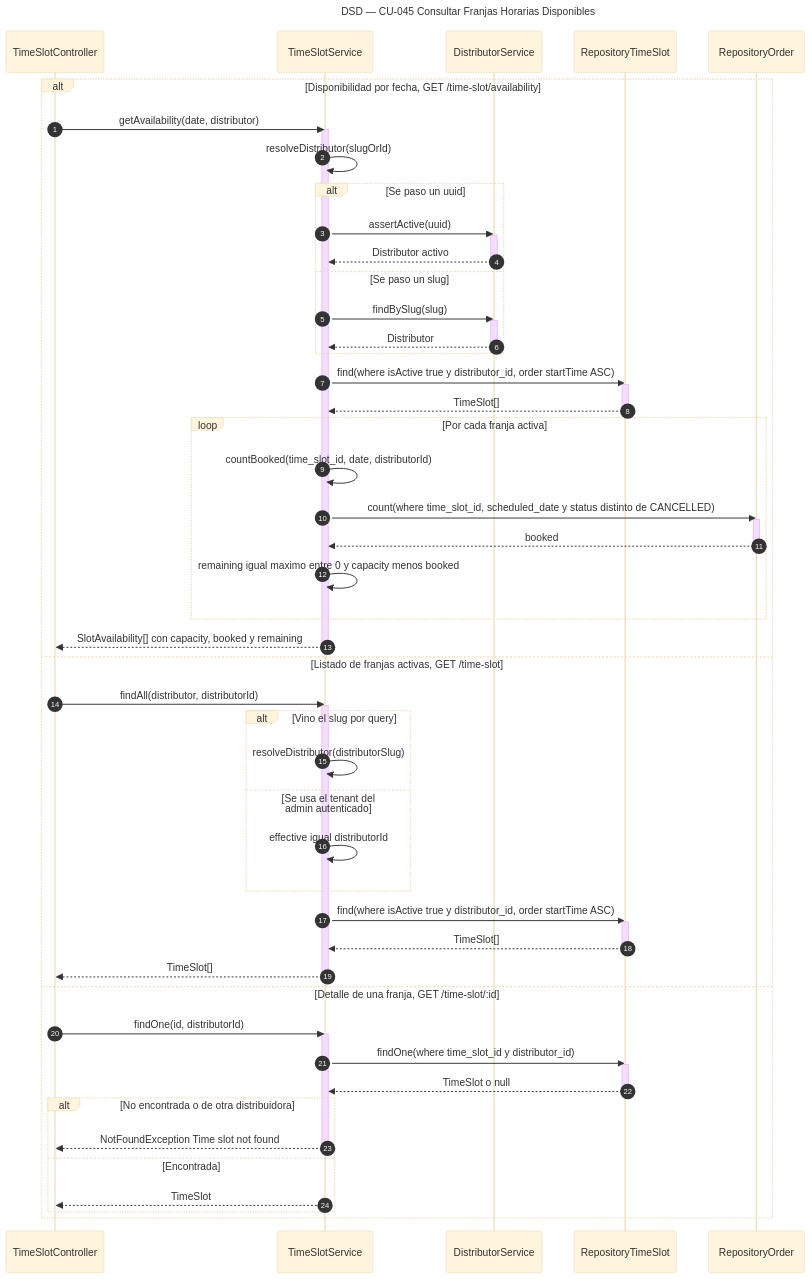
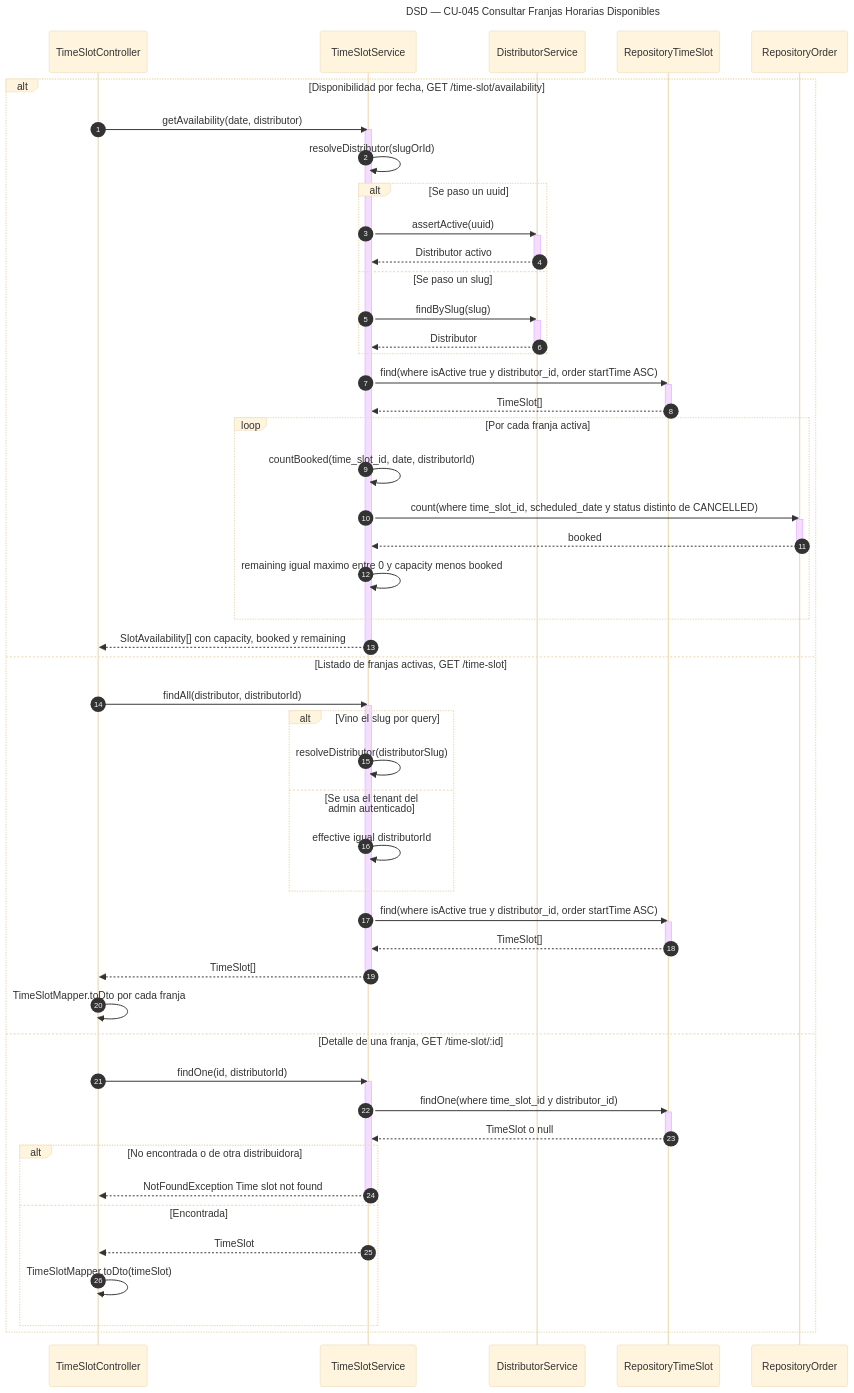
The diagram in diagramas/DSD_CU-045_Consultar-Franjas-Horarias-Disponibles.mmd (Nahuelito-Dev/splg-docs), drawn with Mermaid (base theme) before and after one commit. The commit also changed 4 other files, not shown here.

Commit message:
docs(dsd): franjas con TimeSlotResponseDto

```diff
--- a/diagramas/DSD_CU-045_Consultar-Franjas-Horarias-Disponibles.mmd
+++ b/diagramas/DSD_CU-045_Consultar-Franjas-Horarias-Disponibles.mmd
@@ -1,66 +1,68 @@
 sequenceDiagram
     title DSD — CU-045 Consultar Franjas Horarias Disponibles
     autonumber
     participant CTRL as TimeSlotController
     participant SRV as TimeSlotService
     participant DIS as DistributorService
     participant TREP as RepositoryTimeSlot
     participant OREP as RepositoryOrder
 
     alt Disponibilidad por fecha, GET /time-slot/availability
         CTRL->>SRV: getAvailability(date, distributor)
         activate SRV
         SRV->>SRV: resolveDistributor(slugOrId)
         alt Se paso un uuid
             SRV->>DIS: assertActive(uuid)
             activate DIS
             DIS-->>SRV: Distributor activo
             deactivate DIS
         else Se paso un slug
             SRV->>DIS: findBySlug(slug)
             activate DIS
             DIS-->>SRV: Distributor
             deactivate DIS
         end
         SRV->>TREP: find(where isActive true y distributor_id, order startTime ASC)
         activate TREP
         TREP-->>SRV: TimeSlot[]
         deactivate TREP
         loop Por cada franja activa
             SRV->>SRV: countBooked(time_slot_id, date, distributorId)
             SRV->>OREP: count(where time_slot_id, scheduled_date y status distinto de CANCELLED)
             activate OREP
             OREP-->>SRV: booked
             deactivate OREP
             SRV->>SRV: remaining igual maximo entre 0 y capacity menos booked
         end
         SRV-->>CTRL: SlotAvailability[] con capacity, booked y remaining
         deactivate SRV
     else Listado de franjas activas, GET /time-slot
         CTRL->>SRV: findAll(distributor, distributorId)
         activate SRV
         alt Vino el slug por query
             SRV->>SRV: resolveDistributor(distributorSlug)
         else Se usa el tenant del admin autenticado
             SRV->>SRV: effective igual distributorId
         end
         SRV->>TREP: find(where isActive true y distributor_id, order startTime ASC)
         activate TREP
         TREP-->>SRV: TimeSlot[]
         deactivate TREP
         SRV-->>CTRL: TimeSlot[]
         deactivate SRV
+        CTRL->>CTRL: TimeSlotMapper.toDto por cada franja
     else Detalle de una franja, GET /time-slot/:id
         CTRL->>SRV: findOne(id, distributorId)
         activate SRV
         SRV->>TREP: findOne(where time_slot_id y distributor_id)
         activate TREP
         TREP-->>SRV: TimeSlot o null
         deactivate TREP
         alt No encontrada o de otra distribuidora
             SRV-->>CTRL: NotFoundException Time slot not found
             deactivate SRV
         else Encontrada
             SRV-->>CTRL: TimeSlot
+            CTRL->>CTRL: TimeSlotMapper.toDto(timeSlot)
         end
     end
```
